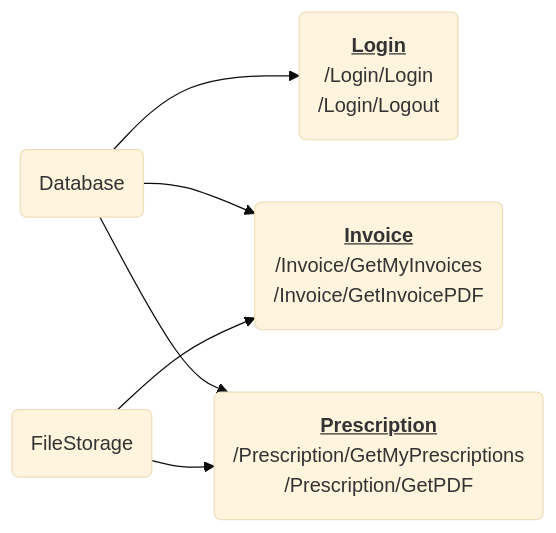
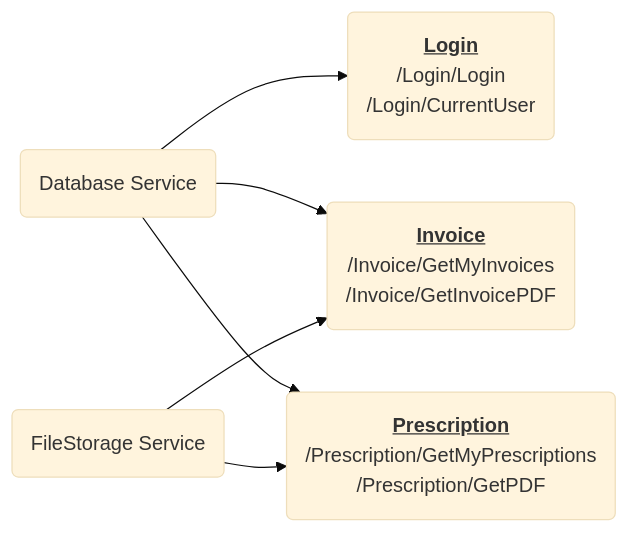
Before and after one commit to cyber-security-academy/roots-prescription: the diagram in README.md, drawn with Mermaid (base theme). The commit also changed other lines of this file and 16 other files, not shown here.

````diff
--- a/README.md
+++ b/README.md
@@ -33,16 +29,16 @@
 ```mermaid
 graph LR;
-Login("<b><u>Login</u></b><br/>/Login/Login<br/>/Login/Logout")
+Login("<b><u>Login</u></b><br/>/Login/Login<br/>/Login/CurrentUser")
 Invoice("<b><u>Invoice</u></b><br/>/Invoice/GetMyInvoices<br/>/Invoice/GetInvoicePDF")
 Prescription("<b><u>Prescription</u></b><br/>/Prescription/GetMyPrescriptions<br/>/Prescription/GetPDF")
 
-DB("Database")
+DB("Database Service")
 DB-->Login
 DB-->Invoice
 DB-->Prescription
 
-File("FileStorage")
+File("FileStorage Service")
 File-->Invoice
 File-->Prescription
 
 ```
````
